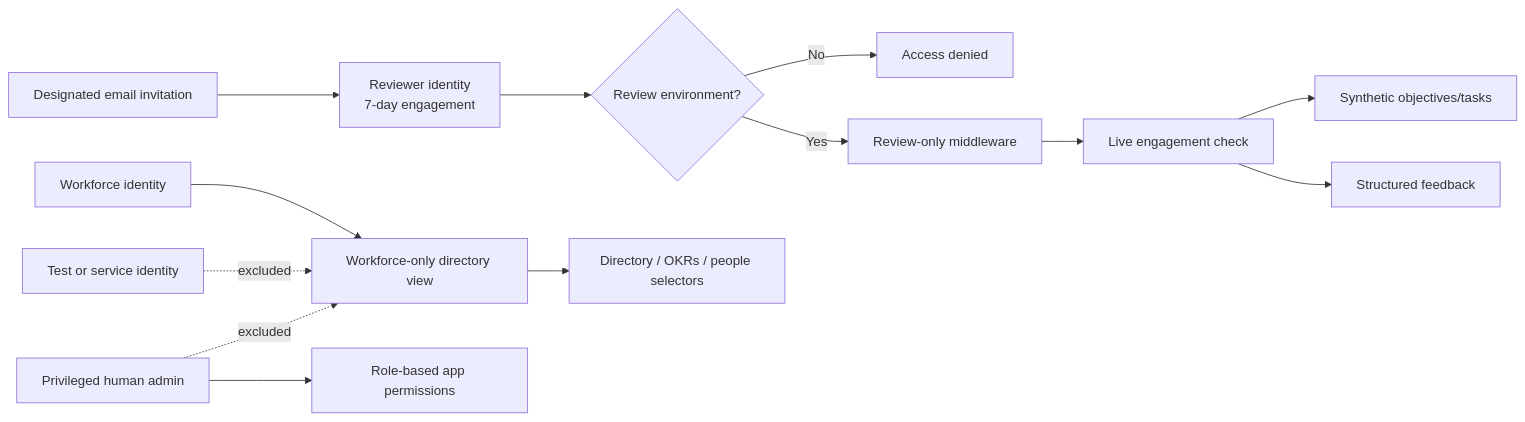
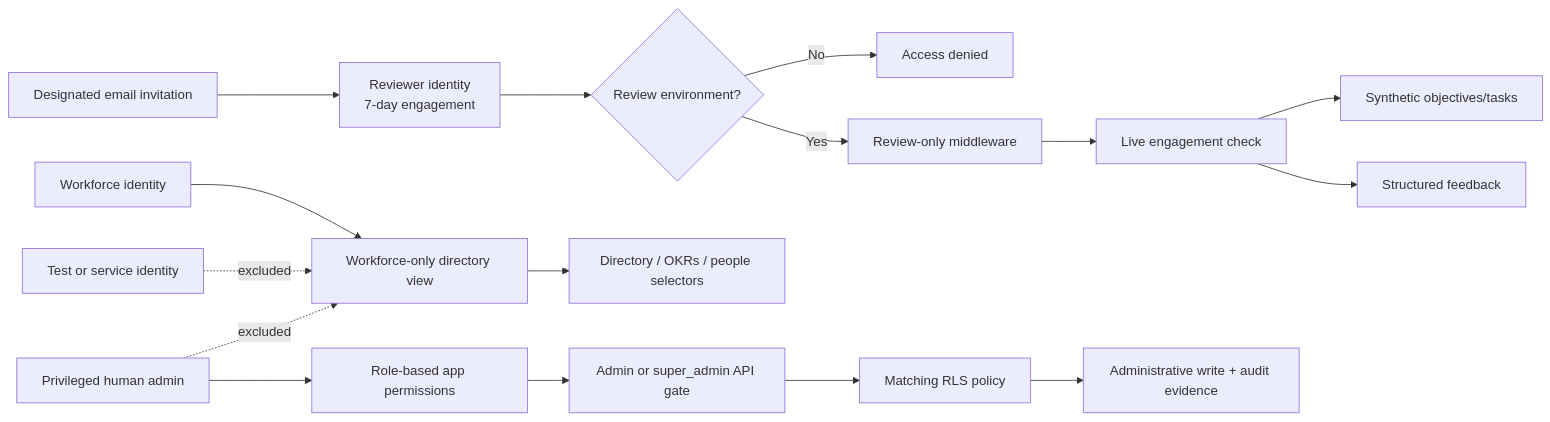
Before and after one commit to may24fc/sn-connect-app: the diagram in docs/features/controlled-reviewer-access/optimization.md, drawn with Mermaid. The commit also changed other lines of this file and 4 other files, not shown here.

````diff
--- a/docs/features/controlled-reviewer-access/optimization.md
+++ b/docs/features/controlled-reviewer-access/optimization.md
@@ -47,15 +56,18 @@
 ```mermaid
 flowchart LR
   A[Designated email invitation] --> B[Reviewer identity<br/>7-day engagement]
   B --> C{Review environment?}
   C -- No --> D[Access denied]
   C -- Yes --> E[Review-only middleware]
   E --> F[Live engagement check]
   F --> G[Synthetic objectives/tasks]
   F --> H[Structured feedback]
   I[Workforce identity] --> J[Workforce-only directory view]
   J --> K[Directory / OKRs / people selectors]
   L[Test or service identity] -. excluded .-> J
   M[Privileged human admin] --> N[Role-based app permissions]
+  N --> O[Admin or super_admin API gate]
+  O --> P[Matching RLS policy]
+  P --> Q[Administrative write + audit evidence]
   M -. excluded .-> J
 ```
````
